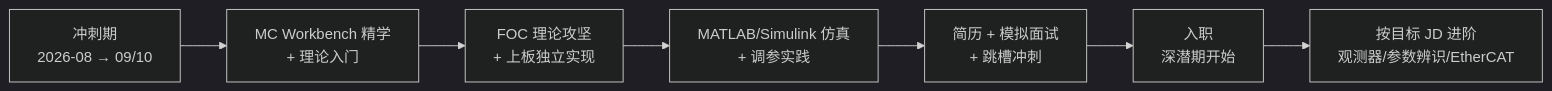
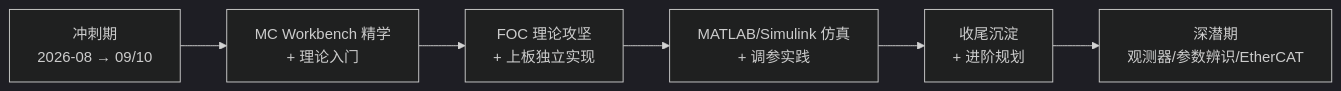
The diagram in docs/01-计划/学习总计划.md (Crino-999/NUCLEO-F401RE-IHM07M1_FOC), drawn with Mermaid (dark theme) before and after one commit. The commit also changed other lines of this file and 6 other files, not shown here.

````diff
--- a/docs/01-计划/学习总计划.md
+++ b/docs/01-计划/学习总计划.md
@@ -84,9 +71,8 @@
 ```mermaid
 flowchart LR
     A[冲刺期<br/>2026-08 → 09/10] --> B[MC Workbench 精学<br/>+ 理论入门]
     B --> C[FOC 理论攻坚<br/>+ 上板独立实现]
     C --> D[MATLAB/Simulink 仿真<br/>+ 调参实践]
-    D --> E[简历 + 模拟面试<br/>+ 跳槽冲刺]
-    E --> F[入职<br/>深潜期开始]
-    F --> G[按目标 JD 进阶<br/>观测器/参数辨识/EtherCAT]
+    D --> E[收尾沉淀<br/>+ 进阶规划]
+    E --> F[深潜期<br/>观测器/参数辨识/EtherCAT]
 ```
````
